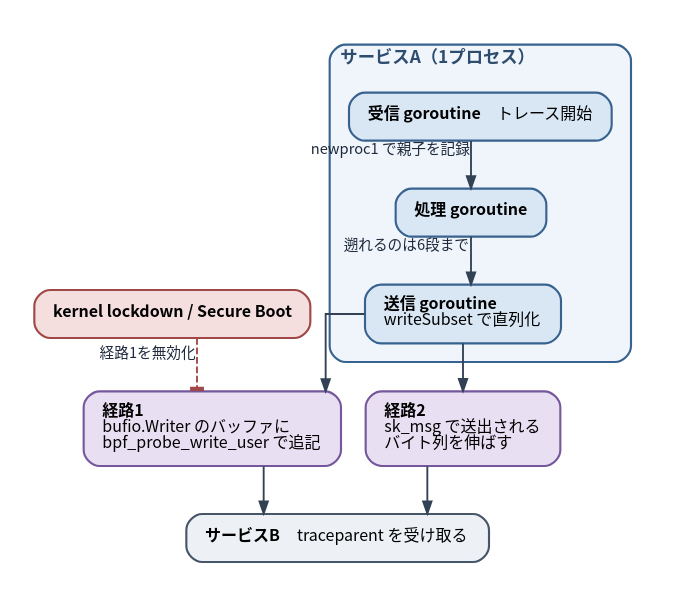
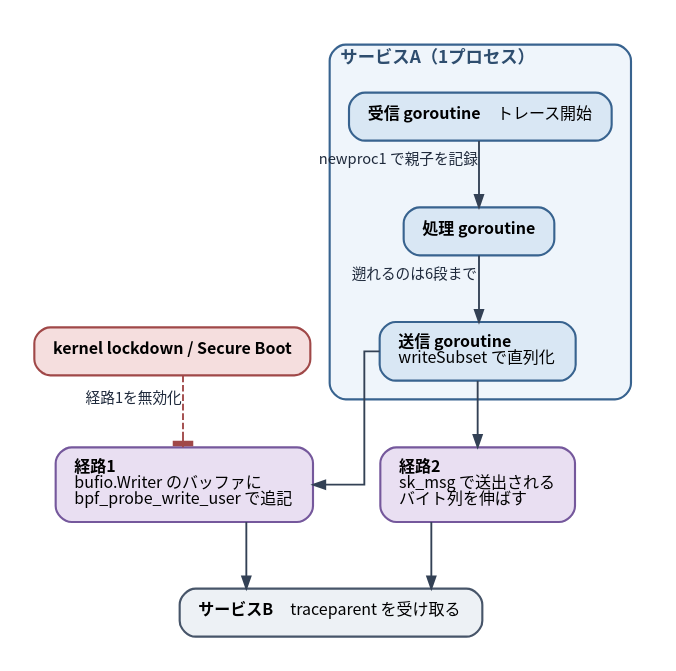
One commit to ymotongpoo/zenn.dev changed the diagram in diagrams/go-ebpf-primer/20260820-context-propagation.dot. Above: the diagram before and after it, drawn with Graphviz. The commit also changed 25 other files, not shown here.

First line of the commit message:
fix: 矢印の貫通・先端埋没・角丸切れ・窮屈さを修正（13図）

```diff
--- a/diagrams/go-ebpf-primer/20260820-context-propagation.dot
+++ b/diagrams/go-ebpf-primer/20260820-context-propagation.dot
@@ -1,47 +1,48 @@
 // goroutine の親子追跡と traceparent 注入
 digraph context_propagation {
   graph [
     rankdir=TB, splines=ortho, compound=true,
     fontname="Harano Aji Gothic,Noto Sans CJK JP,IPAGothic", fontsize=13,
+    nodesep=0.7, ranksep=0.7,
     bgcolor="white", pad=0.25
   ];
   node [
     fontname="Harano Aji Gothic,Noto Sans CJK JP,IPAGothic", fontsize=12,
     shape=box, style="rounded,filled",
     fillcolor="#F1F5F9", color="#475569", penwidth=1.6,
     margin="0.2,0.14"
   ];
   edge [
     fontname="Harano Aji Gothic,Noto Sans CJK JP,IPAGothic", fontsize=11,
     color="#334155", penwidth=1.4, arrowsize=0.9,
     fontcolor="#1E293B"
   ];
 
   subgraph cluster_svca {
     label=<<b>サービスA（1プロセス）</b>>;
     style="rounded"; labeljust="l"; penwidth=1.6; margin=14;
     color="#38638F"; fontcolor="#2E4D6E"; bgcolor="#EFF5FB";
 
     recv [label=<<b>受信 goroutine</b>　トレース開始>, fillcolor="#D9E7F4", color="#38638F"];
     proc [label=<<b>処理 goroutine</b>>, fillcolor="#D9E7F4", color="#38638F"];
     send [label=<<b>送信 goroutine</b><br align="left"/>writeSubset で直列化<br align="left"/>>, fillcolor="#D9E7F4", color="#38638F"];
 
     recv -> proc [xlabel="newproc1 で親子を記録"];
     proc -> send [xlabel="遡れるのは6段まで"];
   }
 
   p1 [label=<<b>経路1</b><br align="left"/>bufio.Writer のバッファに<br align="left"/>bpf_probe_write_user で追記<br align="left"/>>,
       fillcolor="#E9DFF2", color="#75589C"];
   p2 [label=<<b>経路2</b><br align="left"/>sk_msg で送出される<br align="left"/>バイト列を伸ばす<br align="left"/>>,
       fillcolor="#E9DFF2", color="#75589C"];
   lock [label=<<b>kernel lockdown / Secure Boot</b>>, fillcolor="#F5DEDE", color="#A04848"];
   svcb [label=<<b>サービスB</b>　traceparent を受け取る>, fillcolor="#EDF1F5"];
 
   { rank=same; p1; p2; }
 
   send -> p1;
   send -> p2;
-  lock -> p1 [style=dashed, color="#A04848", arrowhead=tee, xlabel="経路1を無効化"];
+  lock -> p1 [style=dashed, color="#A04848", arrowhead=tee, arrowsize=1.4, xlabel="経路1を無効化"];
   p1 -> svcb;
   p2 -> svcb;
 }
```
